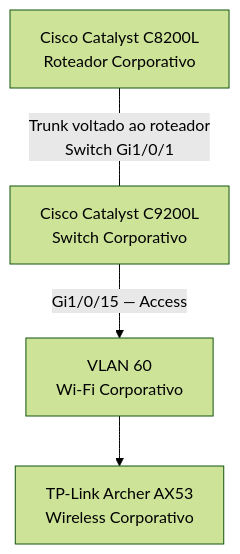
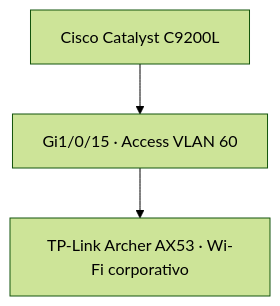
The diagram in docs/pt-BR/redes/wifi-corporativo-vlan60.md (kayo-willian/enterprise-noc-from-scratch), drawn with Mermaid (forest theme) before and after one commit. The commit also changed other lines of this file and 15 other files, not shown here.

Commit message:
docs: consolidate network architecture and equipment records

````diff
--- a/docs/pt-BR/redes/wifi-corporativo-vlan60.md
+++ b/docs/pt-BR/redes/wifi-corporativo-vlan60.md
@@ -107,11 +24,7 @@
 ```mermaid
 flowchart TB
-    R["Cisco Catalyst C8200L<br/>Roteador Corporativo"]
-    SW["Cisco Catalyst C9200L<br/>Switch Corporativo"]
-    V60["VLAN 60<br/>Wi-Fi Corporativo"]
-    AX53["TP-Link Archer AX53<br/>Wireless Corporativo"]
-
-    R ---|"Trunk voltado ao roteador<br/>Switch Gi1/0/1"| SW
-    SW -->|"Gi1/0/15 — Access"| V60
-    V60 --> AX53
+    SW["Cisco Catalyst C9200L"]
+    V["Gi1/0/15 · Access VLAN 60"]
+    AX["TP-Link Archer AX53 · Wi-Fi corporativo"]
+    SW --> V --> AX
 ```
````
